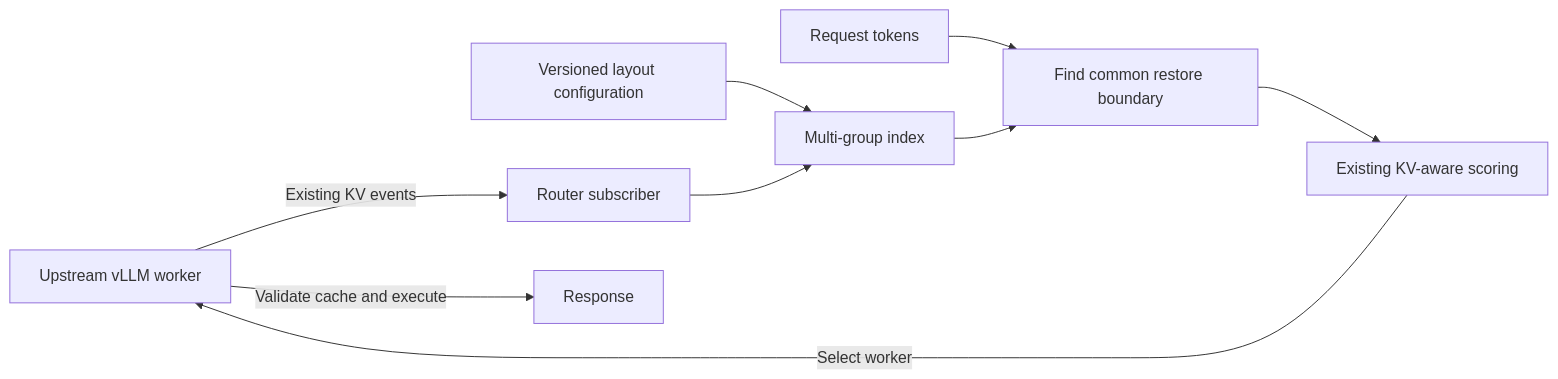
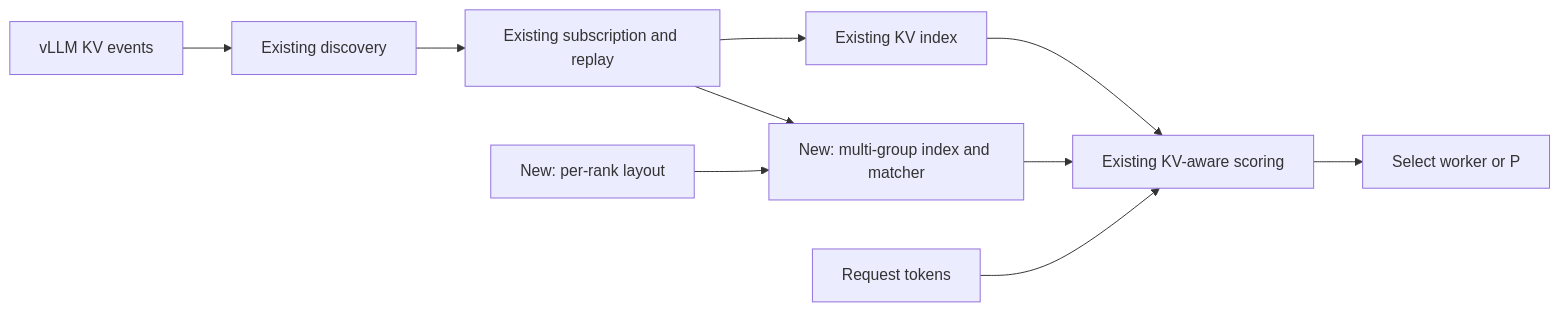
One commit to vllm-project/router changed the first of 6 diagrams in docs/load_balancing/hybrid-kv-aware-rfc.md. Above: the diagram before and after it, drawn with Mermaid. The commit also changed other lines of this file and 1 other file, not shown here.

````diff
--- a/docs/load_balancing/hybrid-kv-aware-rfc.md
+++ b/docs/load_balancing/hybrid-kv-aware-rfc.md
@@ -9,11 +13,12 @@
 ```mermaid
 flowchart LR
-    W["Upstream vLLM worker"] -->|"Existing KV events"| S["Router subscriber"]
-    C["Versioned layout configuration"] --> I["Multi-group index"]
-    S --> I
-    Q["Request tokens"] --> M["Find common restore boundary"]
-    I --> M
-    M --> P["Existing KV-aware scoring"]
-    P -->|"Select worker"| W
-    W -->|"Validate cache and execute"| O["Response"]
+    E["vLLM KV events"] --> D["Existing discovery"]
+    D --> S["Existing subscription and replay"]
+    S --> I["Existing KV index"]
+    L["New: per-rank layout"] --> H["New: multi-group index and matcher"]
+    S --> H
+    I --> P["Existing KV-aware scoring"]
+    H --> P
+    Q["Request tokens"] --> P
+    P --> W["Select worker or P"]
 ```
````
